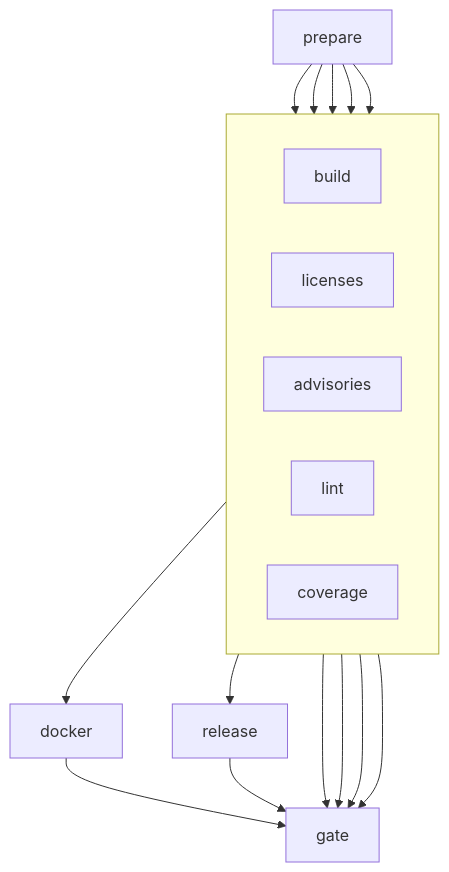
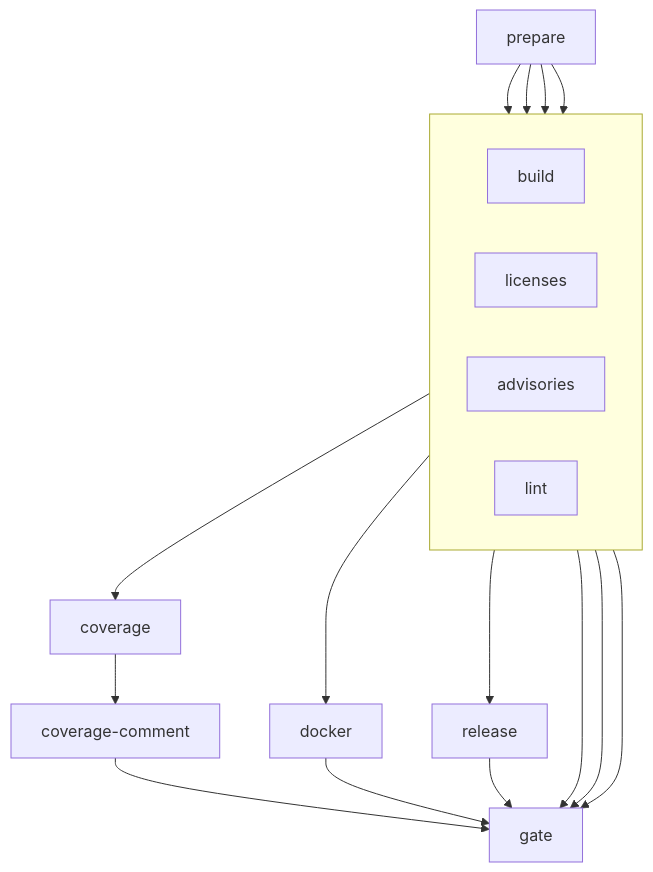
One commit to eclipse-opensovd/opensovd-core changed the diagram in docs/ci.md. Above: the diagram before and after it, drawn with Mermaid. The commit also changed other lines of this file and 76 other files, not shown here.

````diff
--- a/docs/ci.md
+++ b/docs/ci.md
@@ -52,15 +72,15 @@
 ```mermaid
 flowchart TB
     prepare
     subgraph parallel[ ]
         direction LR
         build
         licenses
         advisories
         lint
-        coverage
     end
-    prepare --> build & licenses & advisories & lint & coverage
-    build --> docker & release
-    docker & release & licenses & advisories & lint & coverage --> gate
+    prepare --> build & licenses & advisories & lint
+    build --> coverage & docker & release
+    coverage --> comment[coverage-comment]
+    comment & docker & release & licenses & advisories & lint --> gate
 ```
````
